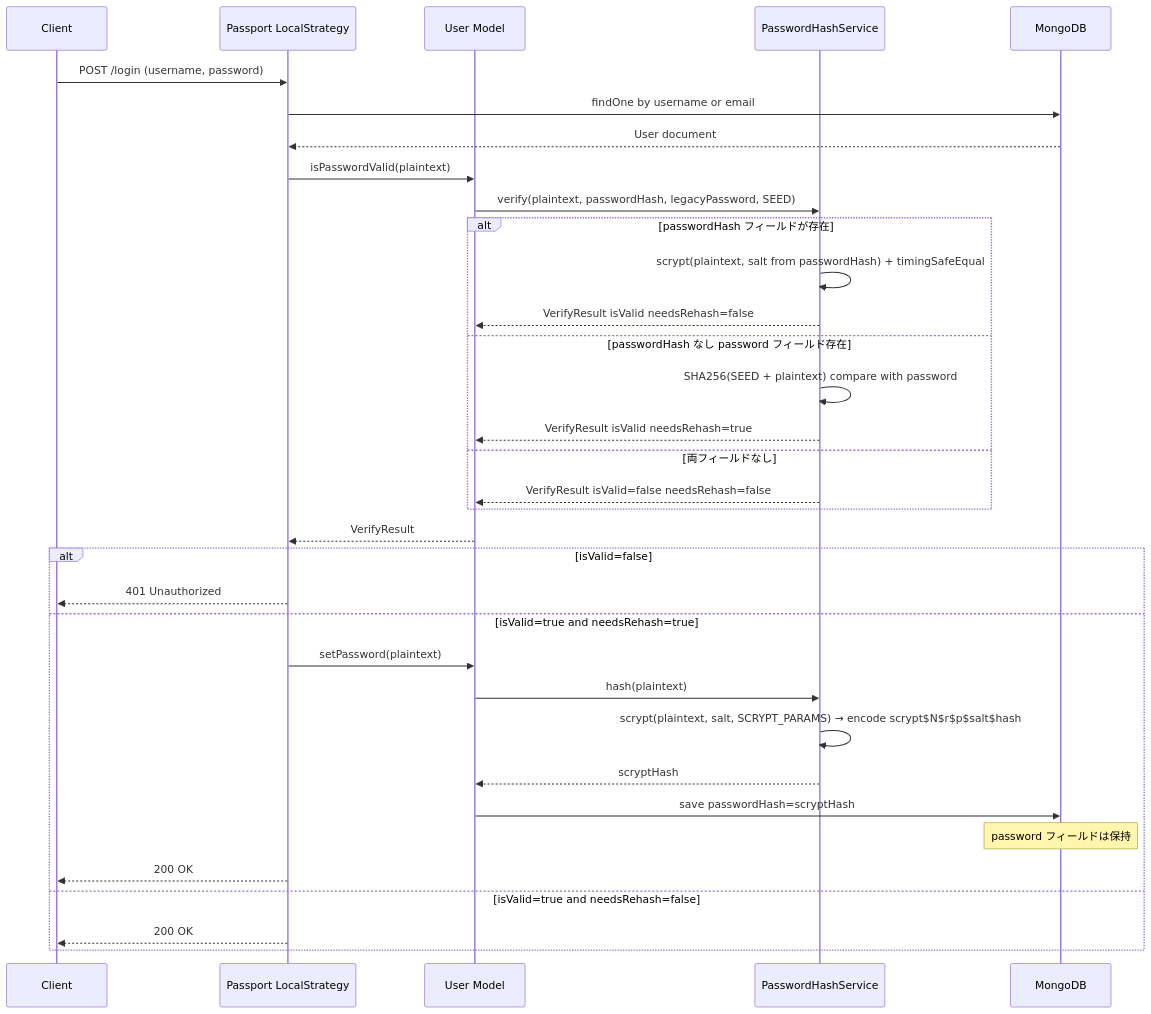
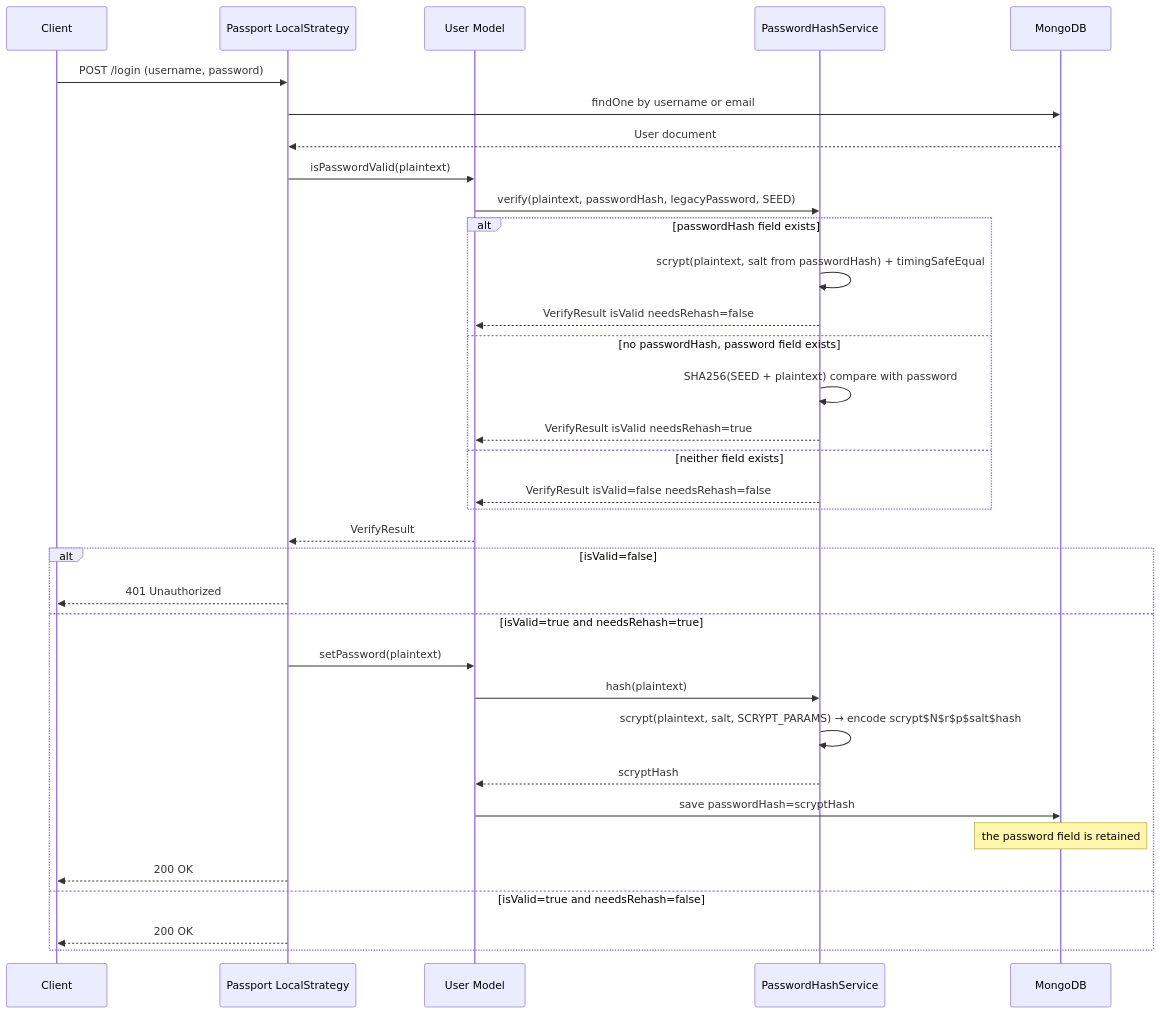
The second of 4 diagrams in .kiro/specs/password-hash-upgrade/design.md (growilabs/growi), drawn with Mermaid before and after one commit. The commit also changed other lines of this file and 4 other files, not shown here.

First line of the commit message:
docs(password-hash-upgrade): translate spec to English (language=en)

````diff
--- a/.kiro/specs/password-hash-upgrade/design.md
+++ b/.kiro/specs/password-hash-upgrade/design.md
@@ -196,37 +196,37 @@
 ```mermaid
 sequenceDiagram
     participant Client
     participant Passport as Passport LocalStrategy
     participant User as User Model
     participant PHS as PasswordHashService
     participant DB as MongoDB
 
     Client->>Passport: POST /login (username, password)
     Passport->>DB: findOne by username or email
     DB-->>Passport: User document
     Passport->>User: isPasswordValid(plaintext)
     User->>PHS: verify(plaintext, passwordHash, legacyPassword, SEED)
-    alt passwordHash フィールドが存在
+    alt passwordHash field exists
         PHS->>PHS: scrypt(plaintext, salt from passwordHash) + timingSafeEqual
         PHS-->>User: VerifyResult isValid needsRehash=false
-    else passwordHash なし password フィールド存在
+    else no passwordHash, password field exists
         PHS->>PHS: SHA256(SEED + plaintext) compare with password
         PHS-->>User: VerifyResult isValid needsRehash=true
-    else 両フィールドなし
+    else neither field exists
         PHS-->>User: VerifyResult isValid=false needsRehash=false
     end
     User-->>Passport: VerifyResult
     alt isValid=false
         Passport-->>Client: 401 Unauthorized
     else isValid=true and needsRehash=true
         Passport->>User: setPassword(plaintext)
         User->>PHS: hash(plaintext)
         PHS->>PHS: scrypt(plaintext, salt, SCRYPT_PARAMS) → encode scrypt$N$r$p$salt$hash
         PHS-->>User: scryptHash
         User->>DB: save passwordHash=scryptHash
-        Note over DB: password フィールドは保持
+        Note over DB: the password field is retained
         Passport-->>Client: 200 OK
     else isValid=true and needsRehash=false
         Passport-->>Client: 200 OK
     end
 ```
````
